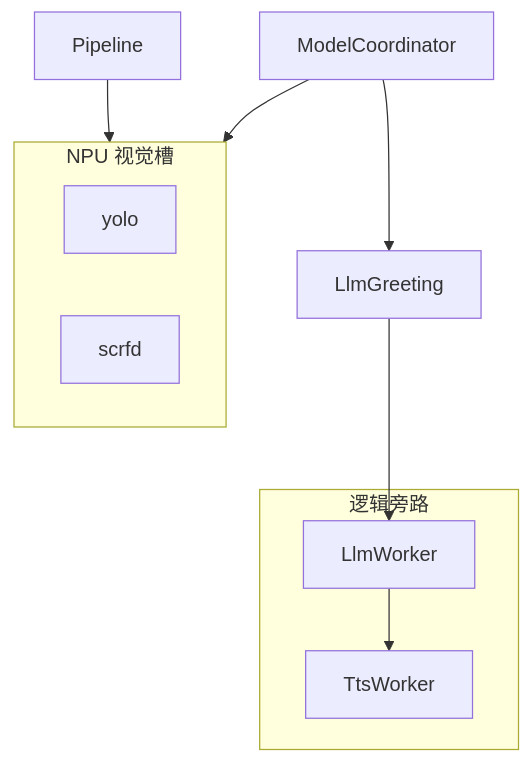
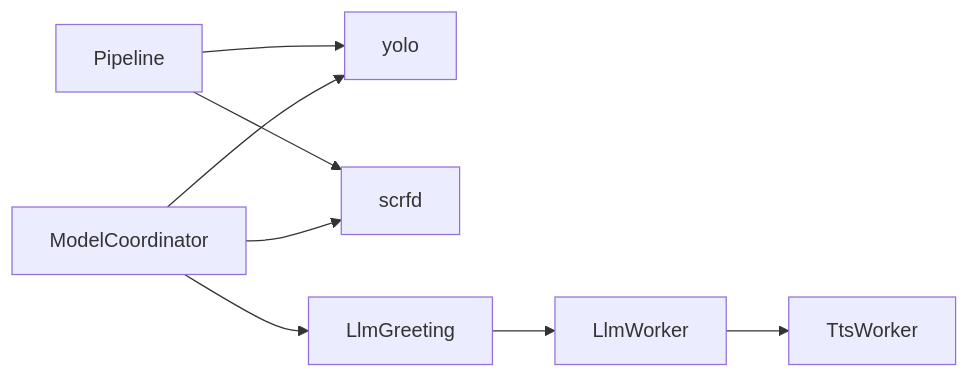
The first of 3 diagrams in docs/architecture-and-runtime_CN.md (kyshipit/eai-rk3588), drawn with Mermaid before and after one commit. The commit also changed other lines of this file and 11 other files, not shown here.

````diff
--- a/docs/architecture-and-runtime_CN.md
+++ b/docs/architecture-and-runtime_CN.md
@@ -87,19 +88,10 @@
 ```mermaid
-flowchart TB
-    subgraph vision [NPU 视觉槽]
-        YOLO[yolo]
-        SCRFD[scrfd]
-    end
-    subgraph logic [逻辑旁路]
-        LLM[LlmWorker]
-        TTS[TtsWorker]
-    end
-    MC[ModelCoordinator]
-    Greet[LlmGreeting]
-    Pipe[Pipeline]
-    Pipe --> vision
-    MC --> vision
-    MC --> Greet
-    Greet --> LLM
-    LLM --> TTS
+flowchart LR
+    Pipe[Pipeline] --> YOLO[yolo]
+    Pipe --> SCRFD[scrfd]
+    MC[ModelCoordinator] --> YOLO
+    MC --> SCRFD
+    MC --> Greet[LlmGreeting]
+    Greet --> LLM[LlmWorker]
+    LLM --> TTS[TtsWorker]
 ```
````
